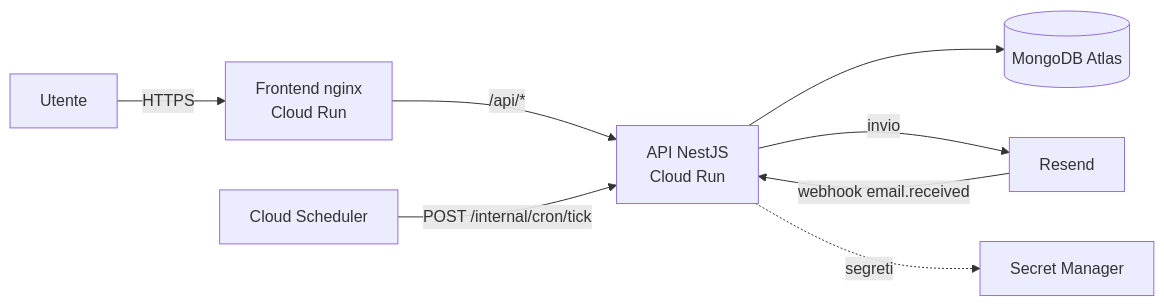
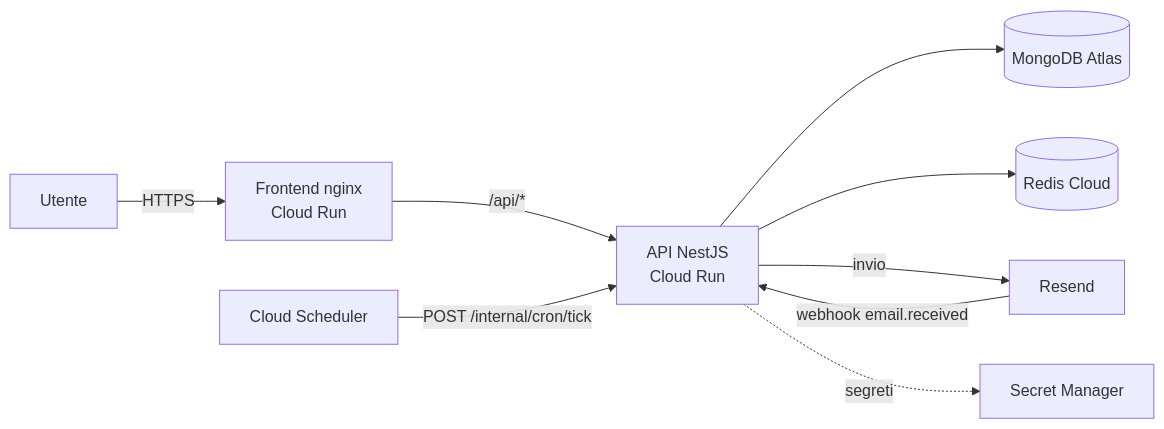
Before and after one commit to bagleyspot/cancellamy-backend: the diagram in docs/06-deploy.md, drawn with Mermaid. The commit also changed other lines of this file and 30 other files, not shown here.

````diff
--- a/docs/06-deploy.md
+++ b/docs/06-deploy.md
@@ -6,10 +6,11 @@
 ```mermaid
 flowchart LR
   U[Utente] -->|HTTPS| W[Frontend nginx<br/>Cloud Run]
   W -->|/api/*| A[API NestJS<br/>Cloud Run]
   A --> M[(MongoDB Atlas)]
+  A --> REDIS[(Redis Cloud)]
   A -->|invio| R[Resend]
   R -->|webhook email.received| A
   S[Cloud Scheduler] -->|POST /internal/cron/tick| A
   A -.segreti.-> SM[Secret Manager]
 ```
````
